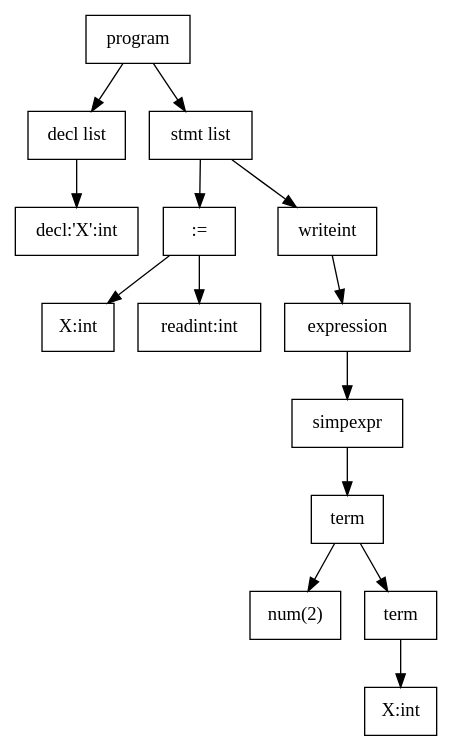
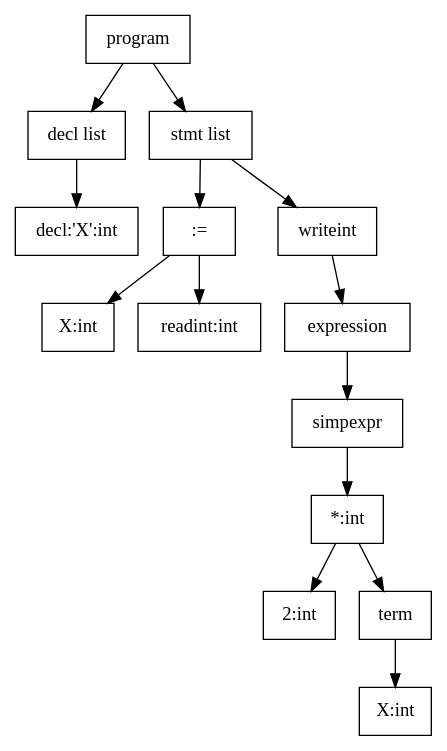
Before and after one commit to rodneyxr/TL15: the diagram in workdir/input/test.ast.dot, drawn with Graphviz. The commit also changed 14 other files, not shown here.

```diff
--- a/workdir/input/test.ast.dot
+++ b/workdir/input/test.ast.dot
@@ -1,30 +1,30 @@
 digraph G {
     1[label="program",shape=box];
     0[label="decl list",shape=box];
     2[label="decl:'X':int",shape=box];
     4[label="stmt list",shape=box];
     5[label=":=",shape=box];
     6[label="X:int",shape=box];
     7[label="readint:int",shape=box];
     8[label="writeint",shape=box];
     9[label="expression",shape=box];
     10[label="simpexpr",shape=box];
-    11[label="term",shape=box];
-    12[label="num(2)",shape=box];
+    11[label="*:int",shape=box];
+    12[label="2:int",shape=box];
     13[label="term",shape=box];
     14[label="X:int",shape=box];
 
     1 -> 0;
     1 -> 4;
     0 -> 2;
     4 -> 5;
     4 -> 8;
     5 -> 6;
     5 -> 7;
     8 -> 9;
     9 -> 10;
     10 -> 11;
     11 -> 12;
     11 -> 13;
     13 -> 14;
 }
```
